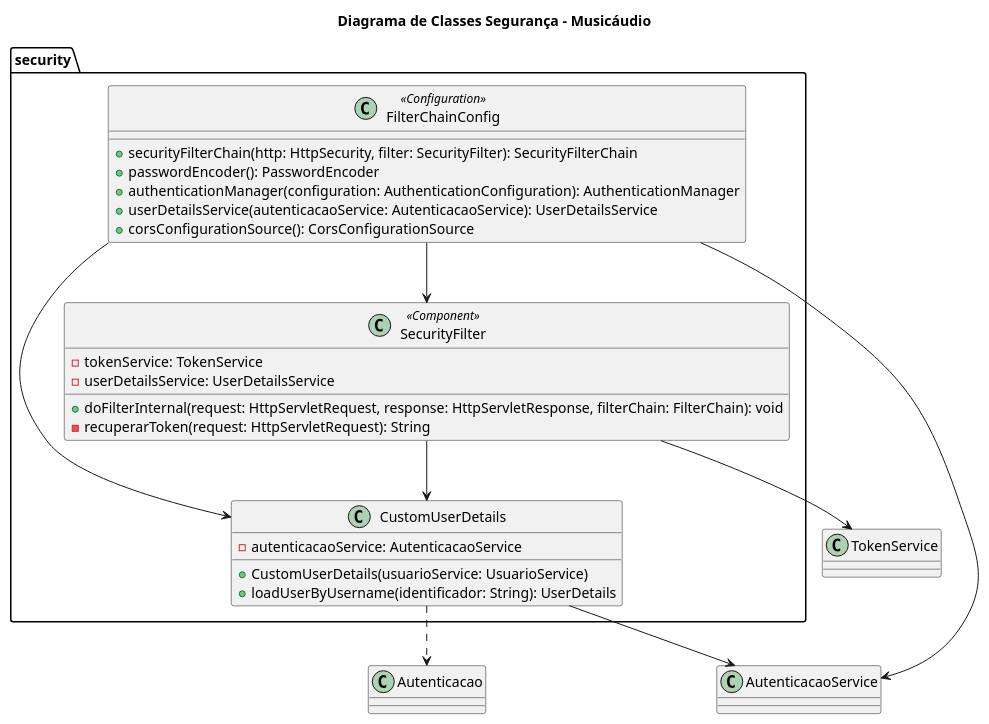
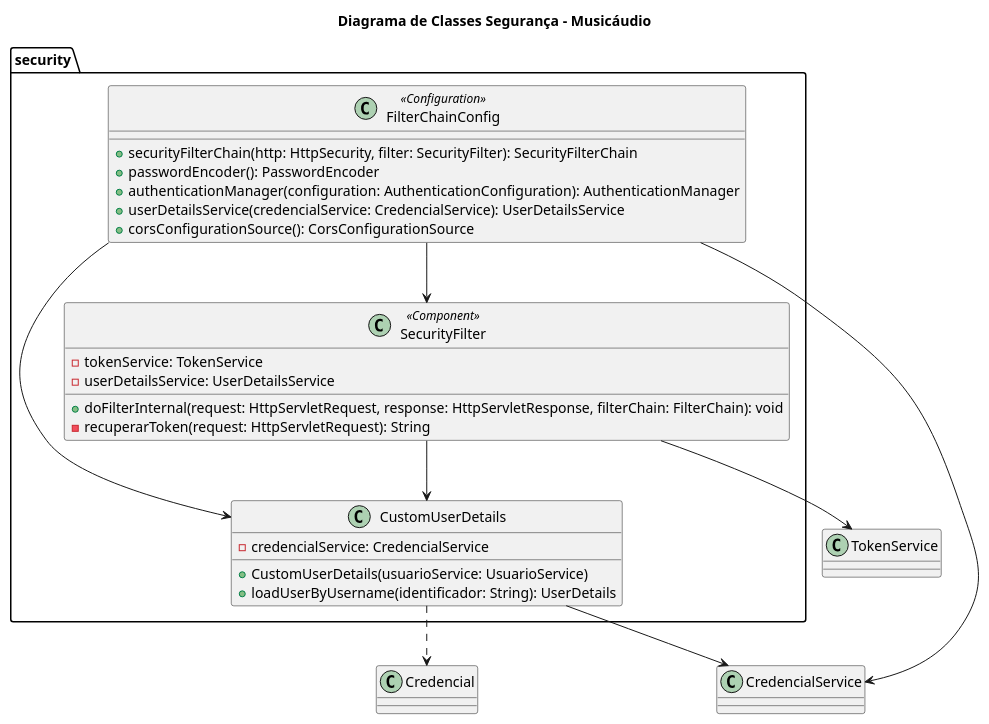
One commit to JorgeSkraba/Musicaudio_UML changed the diagram in Classe/BackEnd/Seguranca.puml. Above: the diagram before and after it, drawn with PlantUML. The commit also changed 5 other files, not shown here.

```diff
--- a/Classe/BackEnd/Seguranca.puml
+++ b/Classe/BackEnd/Seguranca.puml
@@ -1,41 +1,41 @@
 @startuml
 
 title Diagrama de Classes Segurança - Musicáudio
 
 package "security" {
 
     class CustomUserDetails {
-        -autenticacaoService: AutenticacaoService
+        -credencialService: CredencialService
         +CustomUserDetails(usuarioService: UsuarioService)
         +loadUserByUsername(identificador: String): UserDetails
     }
 
     class SecurityFilter <<Component>> {
         -tokenService: TokenService
         -userDetailsService: UserDetailsService
         +doFilterInternal(request: HttpServletRequest, response: HttpServletResponse, filterChain: FilterChain): void
         -recuperarToken(request: HttpServletRequest): String
     }
 
     class FilterChainConfig <<Configuration>> {
         +securityFilterChain(http: HttpSecurity, filter: SecurityFilter): SecurityFilterChain
         +passwordEncoder(): PasswordEncoder
         +authenticationManager(configuration: AuthenticationConfiguration): AuthenticationManager
-        +userDetailsService(autenticacaoService: AutenticacaoService): UserDetailsService
+        +userDetailsService(credencialService: CredencialService): UserDetailsService
         +corsConfigurationSource(): CorsConfigurationSource
     }
 }
 
 ' Segurança
 
-CustomUserDetails --> AutenticacaoService
-CustomUserDetails ..> Autenticacao
+CustomUserDetails --> CredencialService
+CustomUserDetails ..> Credencial
 
 SecurityFilter --> TokenService
 SecurityFilter --> CustomUserDetails
 
 FilterChainConfig --> SecurityFilter
 FilterChainConfig --> CustomUserDetails
-FilterChainConfig --> AutenticacaoService
+FilterChainConfig --> CredencialService
 
 @enduml
```
